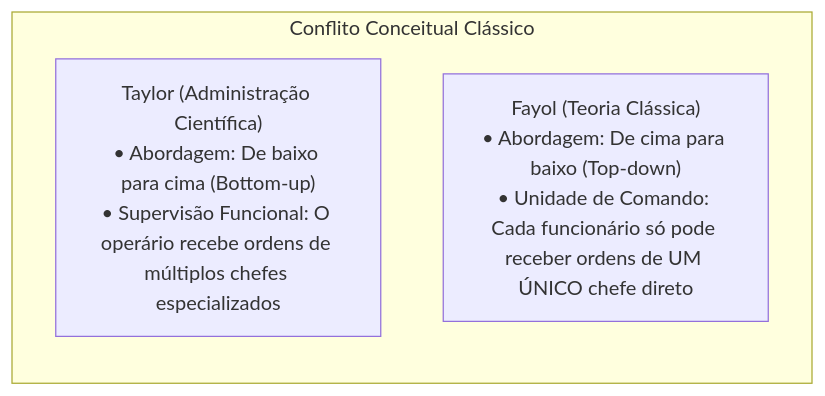
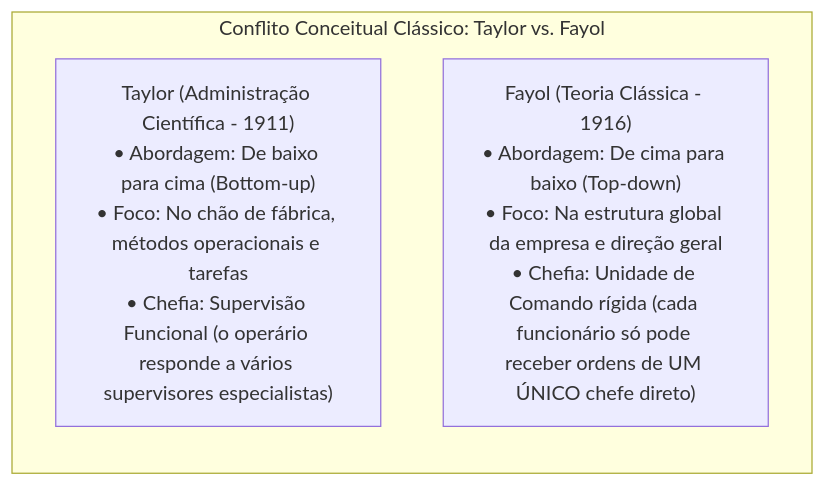
Before and after one commit to thiagosantos346/TCE-GO-2027: the second of 6 diagrams in fontes_de_estudo/conhecimentos_especificos_a01_tecnico_administrativo/22_administracao_geral/01_teorias_da_administracao_e_escolas_administrativas.md, drawn with Mermaid. The commit also changed other lines of this file and 119 other files, not shown here.

````diff
--- a/fontes_de_estudo/conhecimentos_especificos_a01_tecnico_administrativo/22_administracao_geral/01_teorias_da_administracao_e_escolas_administrativas.md
+++ b/fontes_de_estudo/conhecimentos_especificos_a01_tecnico_administrativo/22_administracao_geral/01_teorias_da_administracao_e_escolas_administrativas.md
@@ -103,8 +79,8 @@
 ```mermaid
 flowchart TD
-    subgraph Divergencia ["Conflito Conceitual Clássico"]
+    subgraph Divergencia ["Conflito Conceitual Clássico: Taylor vs. Fayol"]
         direction TB
-        Taylor["Taylor (Administração Científica)<br/>• Abordagem: De baixo para cima (Bottom-up)<br/>• Supervisão Funcional: O operário recebe ordens de múltiplos chefes especializados"]
-        Fayol["Fayol (Teoria Clássica)<br/>• Abordagem: De cima para baixo (Top-down)<br/>• Unidade de Comando: Cada funcionário só pode receber ordens de UM ÚNICO chefe direto"]
+        Taylor["Taylor (Administração Científica - 1911)<br/>• Abordagem: De baixo para cima (Bottom-up)<br/>• Foco: No chão de fábrica, métodos operacionais e tarefas<br/>• Chefia: Supervisão Funcional (o operário responde a vários supervisores especialistas)"]
+        Fayol["Fayol (Teoria Clássica - 1916)<br/>• Abordagem: De cima para baixo (Top-down)<br/>• Foco: Na estrutura global da empresa e direção geral<br/>• Chefia: Unidade de Comando rígida (cada funcionário só pode receber ordens de UM ÚNICO chefe direto)"]
     end
 ```
````
